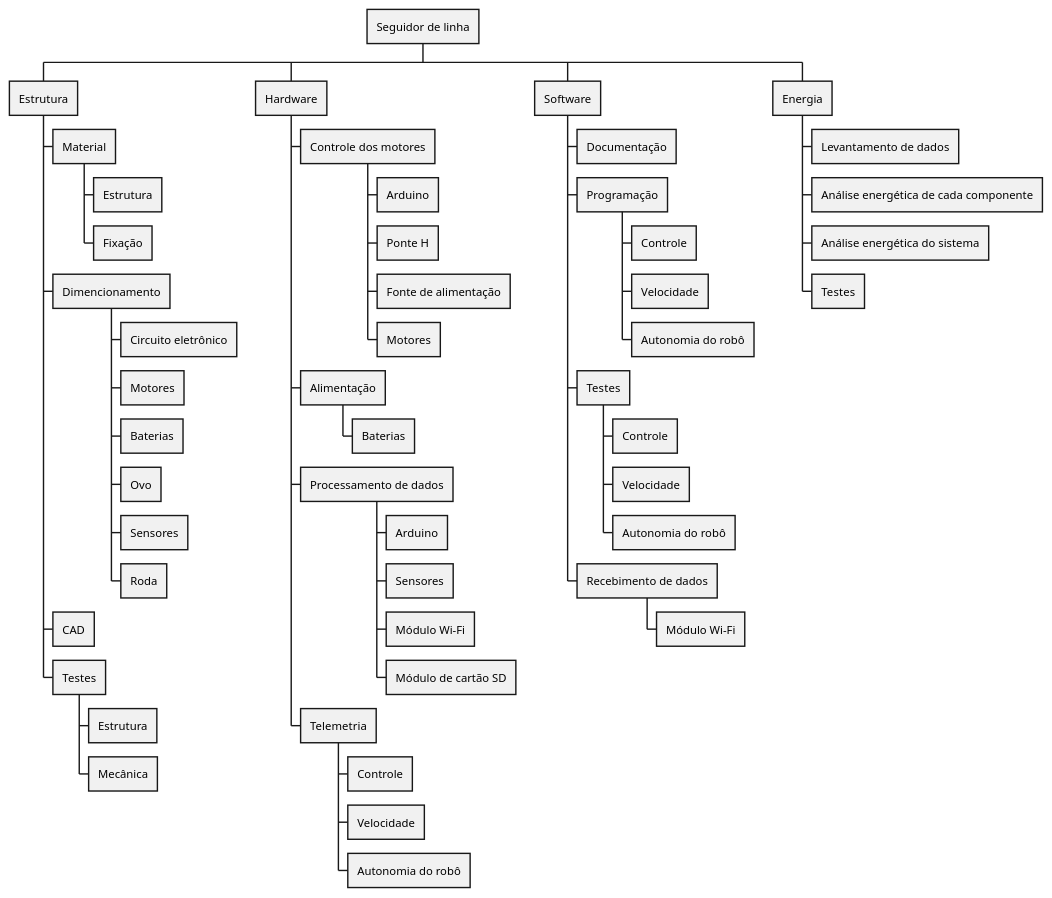
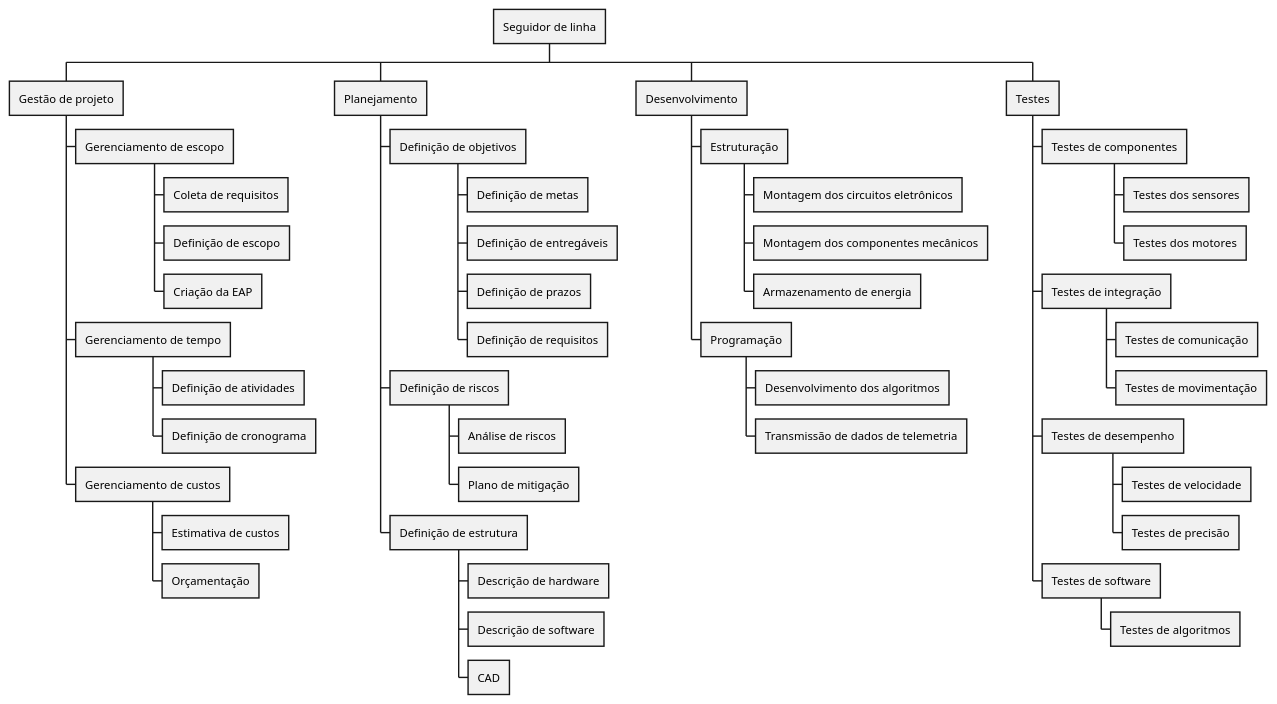
One commit to PI1-UnB-Gama/docs changed the diagram in diagrams/eap.puml. Above: the diagram before and after it, drawn with PlantUML. The commit also changed 10 other files, not shown here.

```diff
--- a/diagrams/eap.puml
+++ b/diagrams/eap.puml
@@ -1,56 +1,51 @@
 @startwbs
 * Seguidor de linha
 
-** Estrutura
-*** Material
-**** Estrutura
-**** Fixação
-*** Dimencionamento
-**** Circuito eletrônico
-**** Motores
-**** Baterias
-**** Ovo
-**** Sensores
-**** Roda
-*** CAD
-*** Testes
-**** Estrutura
-**** Mecânica
+** Gestão de projeto
+*** Gerenciamento de escopo
+**** Coleta de requisitos
+**** Definição de escopo
+**** Criação da EAP
+*** Gerenciamento de tempo
+**** Definição de atividades
+**** Definição de cronograma
+*** Gerenciamento de custos
+**** Estimativa de custos
+**** Orçamentação
 
-** Hardware
-*** Controle dos motores
-**** Arduino
-**** Ponte H
-**** Fonte de alimentação
-**** Motores
-*** Alimentação
-**** Baterias
-*** Processamento de dados
-**** Arduino
-**** Sensores
-**** Módulo Wi-Fi
-**** Módulo de cartão SD
-*** Telemetria
-**** Controle
-**** Velocidade
-**** Autonomia do robô
+** Planejamento
+*** Definição de objetivos
+**** Definição de metas
+**** Definição de entregáveis
+**** Definição de prazos
+**** Definição de requisitos
+*** Definição de riscos
+**** Análise de riscos
+**** Plano de mitigação
+*** Definição de estrutura
+**** Descrição de hardware
+**** Descrição de software
+**** CAD
 
-** Software
-*** Documentação
+** Desenvolvimento
+*** Estruturação
+**** Montagem dos circuitos eletrônicos
+**** Montagem dos componentes mecânicos
+**** Armazenamento de energia
 *** Programação
-**** Controle
-**** Velocidade
-**** Autonomia do robô
-*** Testes
-**** Controle
-**** Velocidade
-**** Autonomia do robô
-*** Recebimento de dados
-**** Módulo Wi-Fi
+**** Desenvolvimento dos algoritmos
+**** Transmissão de dados de telemetria
 
-** Energia
-*** Levantamento de dados
-*** Análise energética de cada componente
-*** Análise energética do sistema
-*** Testes
+** Testes
+*** Testes de componentes
+**** Testes dos sensores
+**** Testes dos motores
+*** Testes de integração
+**** Testes de comunicação
+**** Testes de movimentação
+*** Testes de desempenho
+**** Testes de velocidade
+**** Testes de precisão
+*** Testes de software
+**** Testes de algoritmos
 @endwbs
```
